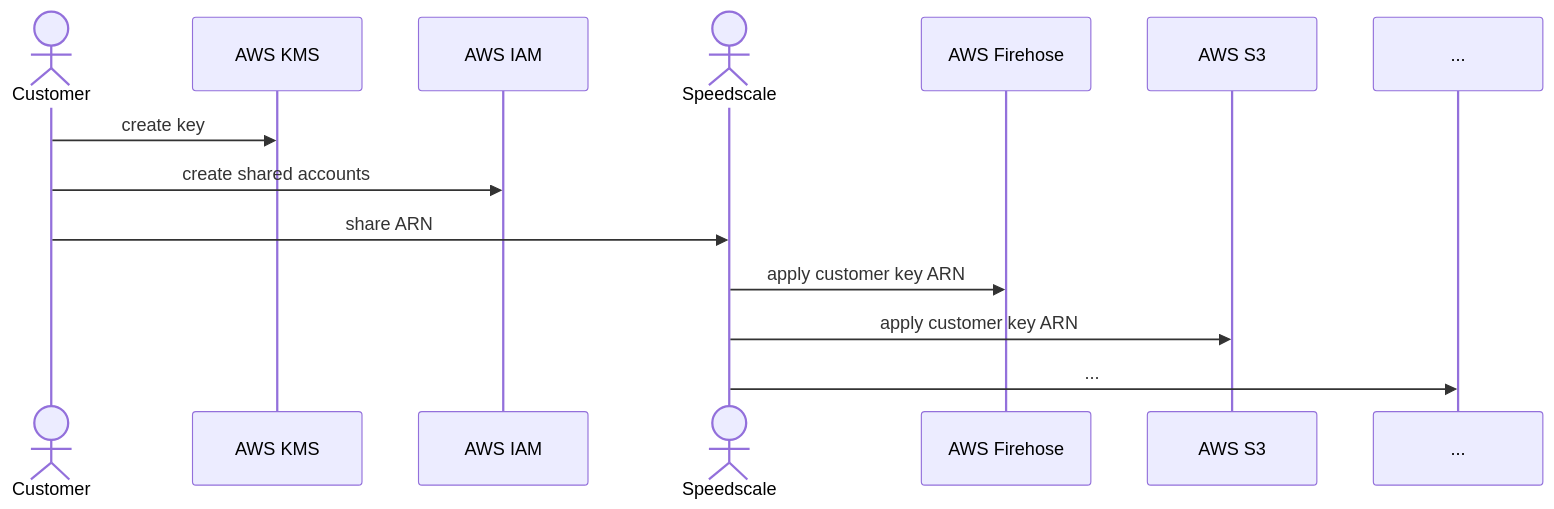
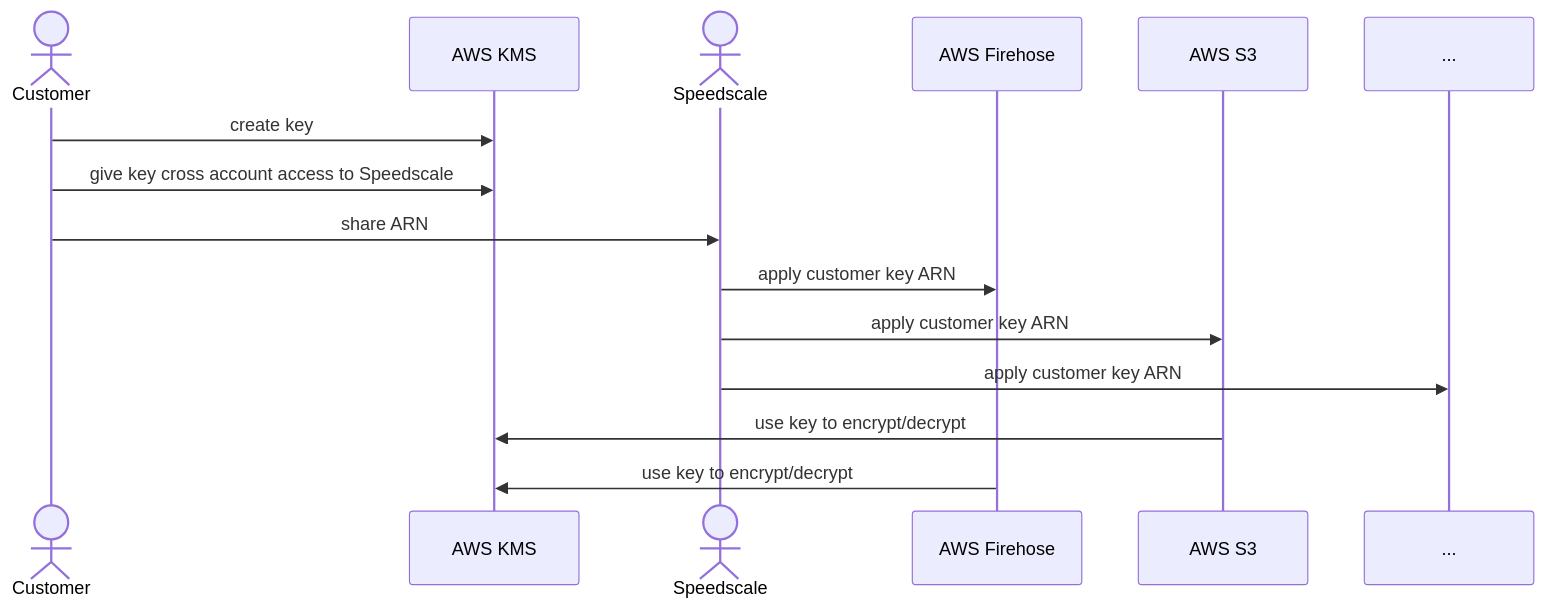
Before and after one commit to speedscale/docs: the diagram in docs/guides/cmek.md, drawn with Mermaid.

Commit message:
Tweak cmek diagram

````diff
--- a/docs/guides/cmek.md
+++ b/docs/guides/cmek.md
@@ -27,16 +27,17 @@
 ```mermaid
 sequenceDiagram
     actor Customer
     participant AWS KMS
-    participant AWS IAM
     actor Speedscale
     participant AWS Firehose
     participant AWS S3
 
     Customer->>AWS KMS: create key
-    Customer->>AWS IAM: create shared accounts
+    Customer->>AWS KMS: give key cross account access to Speedscale
     Customer->>Speedscale: share ARN
     Speedscale->>AWS Firehose: apply customer key ARN
     Speedscale->>AWS S3: apply customer key ARN
-    Speedscale->>...: ...
+    Speedscale->>...: apply customer key ARN
+    AWS S3->>AWS KMS: use key to encrypt/decrypt
+    AWS Firehose->>AWS KMS: use key to encrypt/decrypt
 ```
````
